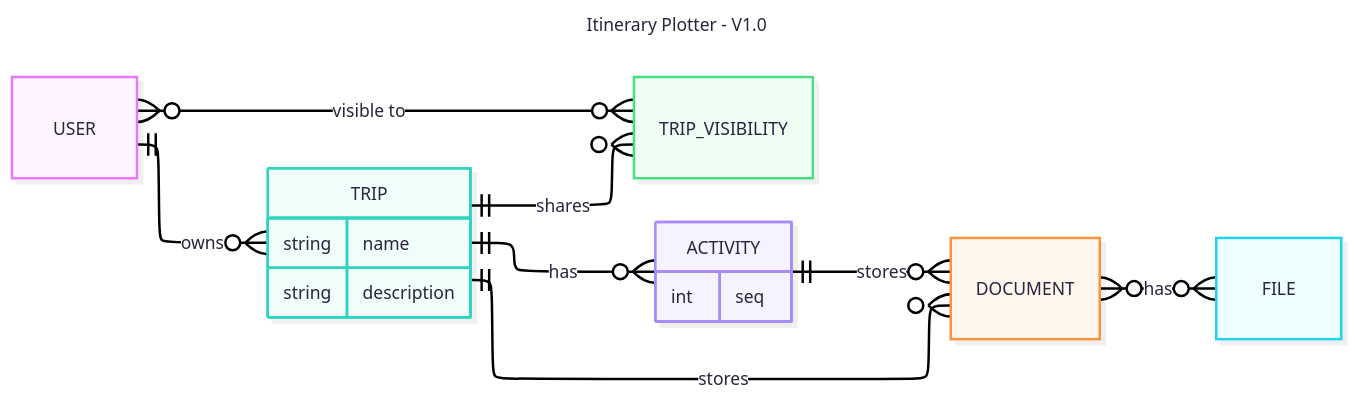
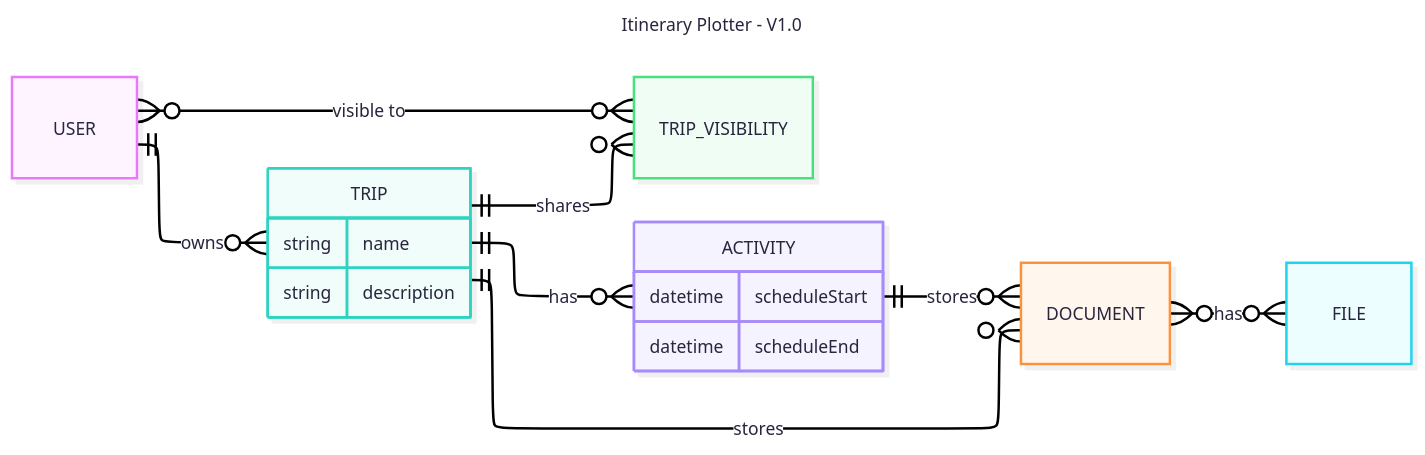
The diagram in README.md (rhapsocraft/itinerary-plotter-api), drawn with Mermaid before and after one commit.

Commit message:
docs: updates erd

````diff
--- a/README.md
+++ b/README.md
@@ -46,35 +46,36 @@
 ```mermaid
 ---
 config:
   layout: elk
   look: neo
   theme: redux-color
 title: Itinerary Plotter - V1.0
 ---
 erDiagram
 	direction LR
 	USER {
 	}
 	TRIP {
 		string name  ""
 		string description  ""
 	}
 	DOCUMENT {
 	}
 	FILE {
 	}
 	TRIP_VISIBILITY {
 	}
 	ACTIVITY {
-		int seq  ""
+		datetime scheduleStart
+		datetime scheduleEnd
 	}
 
 	USER||--o{TRIP:"owns"
 	TRIP||--o{TRIP_VISIBILITY:"shares"
 	TRIP_VISIBILITY}o--o{USER:"visible to"
 	TRIP||--o{DOCUMENT:"stores"
 	TRIP||--o{ACTIVITY:"has"
 	ACTIVITY||--o{DOCUMENT:"stores"
 	DOCUMENT}o--o{FILE:"has"
 
 ```
````
